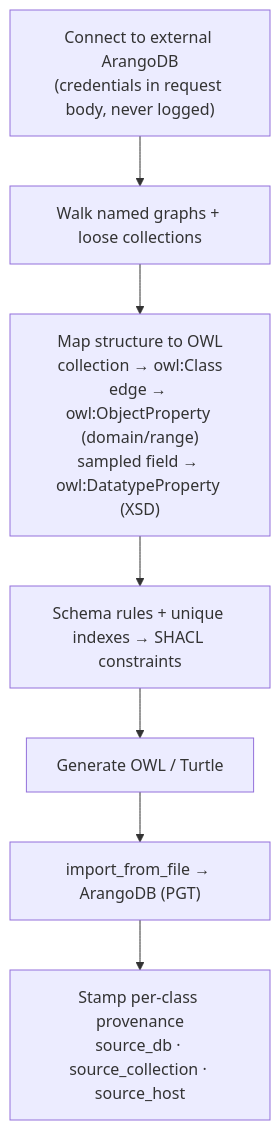
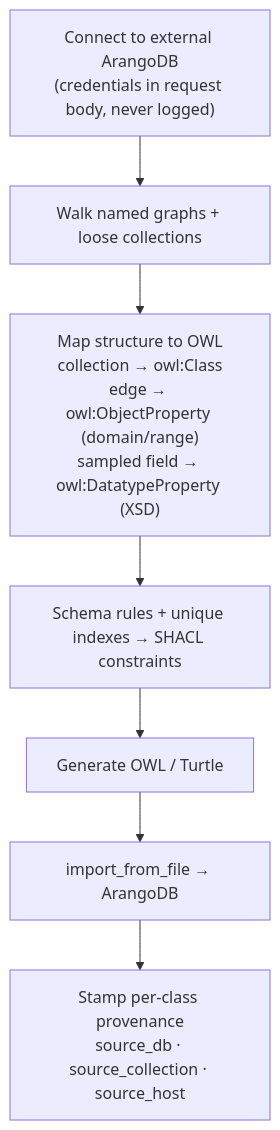
One commit to ArthurKeen/arango-ontoextract changed the ninth of 16 diagrams in docs/arango-ontoextract-medium-article.md. Above: the diagram before and after it, drawn with Mermaid. The commit also changed other lines of this file and 3 other files, not shown here.

````diff
--- a/docs/arango-ontoextract-medium-article.md
+++ b/docs/arango-ontoextract-medium-article.md
@@ -314,9 +349,9 @@
 ```mermaid
 flowchart TB
     Conn["Connect to external ArangoDB<br/>(credentials in request body, never logged)"] --> Walk["Walk named graphs + loose collections"]
     Walk --> Map["Map structure to OWL<br/>collection → owl:Class<br/>edge → owl:ObjectProperty (domain/range)<br/>sampled field → owl:DatatypeProperty (XSD)"]
     Map --> Shacl["Schema rules + unique indexes → SHACL constraints"]
     Shacl --> TTL["Generate OWL / Turtle"]
-    TTL --> Import["import_from_file → ArangoDB (PGT)"]
+    TTL --> Import["import_from_file → ArangoDB"]
     Import --> Prov["Stamp per-class provenance<br/>source_db · source_collection · source_host"]
 ```
````
